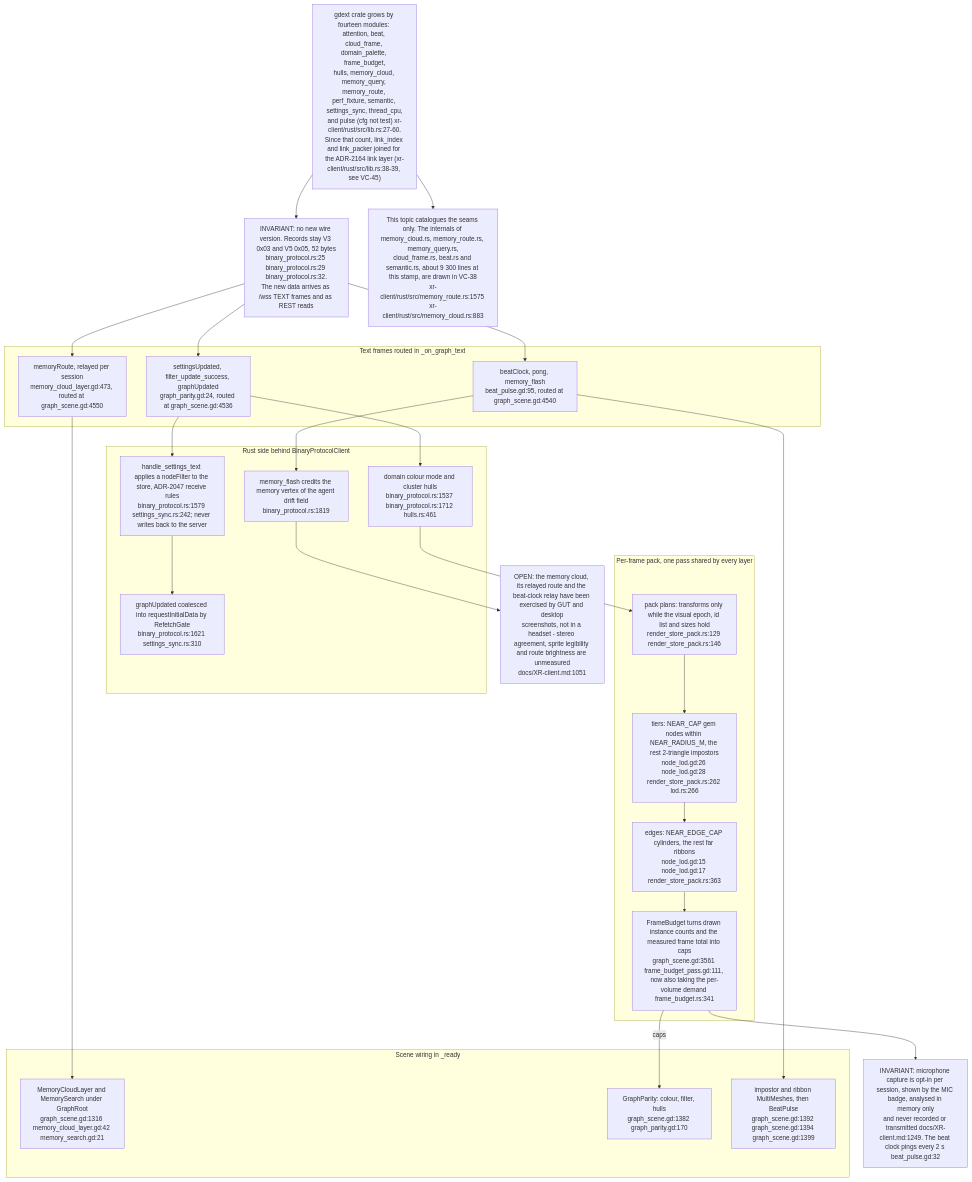
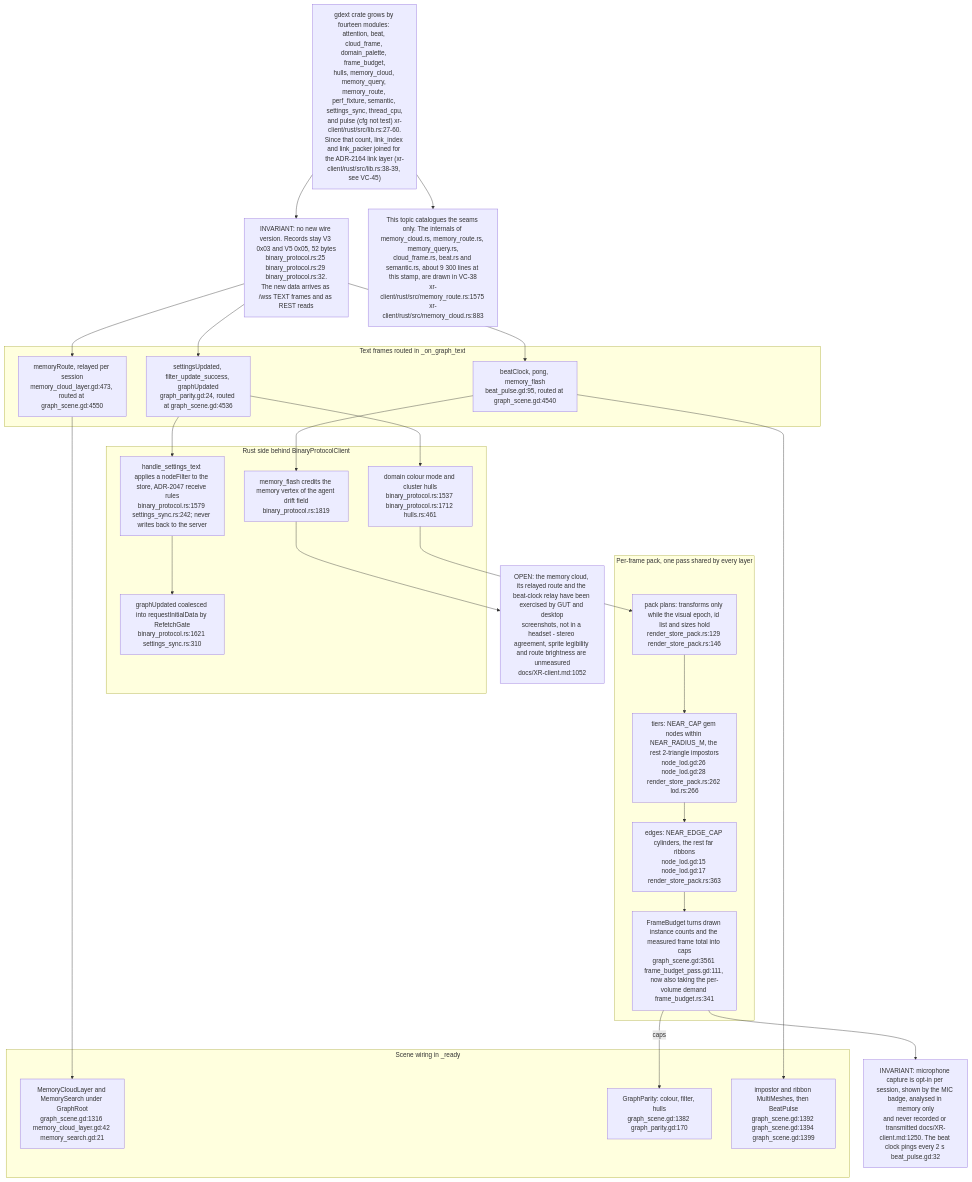
One commit to DreamLab-AI/VisionFlow changed diagram 24 of 30 in docs/diagrams/visionclaw/36-godot-xr-client.md. Above: the diagram before and after it, drawn with Mermaid. The commit also changed other lines of this file and 46 other files, not shown here.

Commit message:
docs(diagrams): re-verify VisionClaw topics at 809a859aa/a950f4d80 after the consolidation pass

````diff
--- a/docs/diagrams/visionclaw/36-godot-xr-client.md
+++ b/docs/diagrams/visionclaw/36-godot-xr-client.md
@@ -1213,48 +1228,48 @@
 ```mermaid
 flowchart TB
     LIB["gdext crate grows by fourteen modules: attention, beat, cloud_frame, domain_palette, frame_budget,<br/>hulls, memory_cloud, memory_query, memory_route, perf_fixture, semantic, settings_sync, thread_cpu,<br/>and pulse (cfg not test) xr-client/rust/src/lib.rs:27-60.<br/>Since that count, link_index and link_packer joined for the ADR-2164 link layer (xr-client/rust/src/lib.rs:38-39, see VC-45)"]
     WIRE["INVARIANT: no new wire version. Records stay V3 0x03 and V5 0x05, 52 bytes<br/>binary_protocol.rs:25 binary_protocol.rs:29 binary_protocol.rs:32.<br/>The new data arrives as /wss TEXT frames and as REST reads"]
 
     subgraph text["Text frames routed in _on_graph_text"]
         T1["settingsUpdated, filter_update_success, graphUpdated<br/>graph_parity.gd:24, routed at graph_scene.gd:4536"]
         T2["beatClock, pong, memory_flash<br/>beat_pulse.gd:95, routed at graph_scene.gd:4540"]
         T3["memoryRoute, relayed per session<br/>memory_cloud_layer.gd:473, routed at graph_scene.gd:4550"]
     end
 
     subgraph rust["Rust side behind BinaryProtocolClient"]
         S1["handle_settings_text applies a nodeFilter to the store, ADR-2047 receive rules<br/>binary_protocol.rs:1579 settings_sync.rs:242; never writes back to the server"]
         S2["graphUpdated coalesced into requestInitialData by RefetchGate<br/>binary_protocol.rs:1621 settings_sync.rs:310"]
         S3["domain colour mode and cluster hulls<br/>binary_protocol.rs:1537 binary_protocol.rs:1712 hulls.rs:461"]
         S4["memory_flash credits the memory vertex of the agent drift field<br/>binary_protocol.rs:1819"]
     end
 
     subgraph pack["Per-frame pack, one pass shared by every layer"]
         P1["pack plans: transforms only while the visual epoch, id list and sizes hold<br/>render_store_pack.rs:129 render_store_pack.rs:146"]
         P2["tiers: NEAR_CAP gem nodes within NEAR_RADIUS_M, the rest 2-triangle impostors<br/>node_lod.gd:26 node_lod.gd:28 render_store_pack.rs:262 lod.rs:266"]
         P3["edges: NEAR_EDGE_CAP cylinders, the rest far ribbons<br/>node_lod.gd:15 node_lod.gd:17 render_store_pack.rs:363"]
         P4["FrameBudget turns drawn instance counts and the measured frame total into caps<br/>graph_scene.gd:3561 frame_budget_pass.gd:111, now also taking the per-volume demand frame_budget.rs:341"]
     end
 
     subgraph scene["Scene wiring in _ready"]
         W1["MemoryCloudLayer and MemorySearch under GraphRoot<br/>graph_scene.gd:1316 memory_cloud_layer.gd:42 memory_search.gd:21"]
         W2["GraphParity: colour, filter, hulls<br/>graph_scene.gd:1382 graph_parity.gd:170"]
         W3["impostor and ribbon MultiMeshes, then BeatPulse<br/>graph_scene.gd:1392 graph_scene.gd:1394 graph_scene.gd:1399"]
     end
 
     LIB --> WIRE
     WIRE --> T1 & T2 & T3
     T1 --> S1 --> S2
     T1 --> S3
     T2 --> S4
     S3 --> P1 --> P2 --> P3 --> P4
     P4 -->|"caps"| W2
     T3 --> W1
     T2 --> W3
 
-    N1["INVARIANT: microphone capture is opt-in per session, shown by the MIC badge, analysed in memory only<br/>and never recorded or transmitted docs/XR-client.md:1249. The beat clock pings every 2 s beat_pulse.gd:32"]
-    N2["OPEN: the memory cloud, its relayed route and the beat-clock relay have been exercised by GUT and desktop<br/>screenshots, not in a headset - stereo agreement, sprite legibility and route brightness are unmeasured<br/>docs/XR-client.md:1051"]
+    N1["INVARIANT: microphone capture is opt-in per session, shown by the MIC badge, analysed in memory only<br/>and never recorded or transmitted docs/XR-client.md:1250. The beat clock pings every 2 s beat_pulse.gd:32"]
+    N2["OPEN: the memory cloud, its relayed route and the beat-clock relay have been exercised by GUT and desktop<br/>screenshots, not in a headset - stereo agreement, sprite legibility and route brightness are unmeasured<br/>docs/XR-client.md:1052"]
     N3["This topic catalogues the seams only. The internals of memory_cloud.rs, memory_route.rs, memory_query.rs,<br/>cloud_frame.rs, beat.rs and semantic.rs, about 9 300 lines at this stamp, are drawn in VC-38<br/>xr-client/rust/src/memory_route.rs:1575 xr-client/rust/src/memory_cloud.rs:883"]
     P4 --> N1
     S4 --> N2
     LIB --> N3
 ```
````
